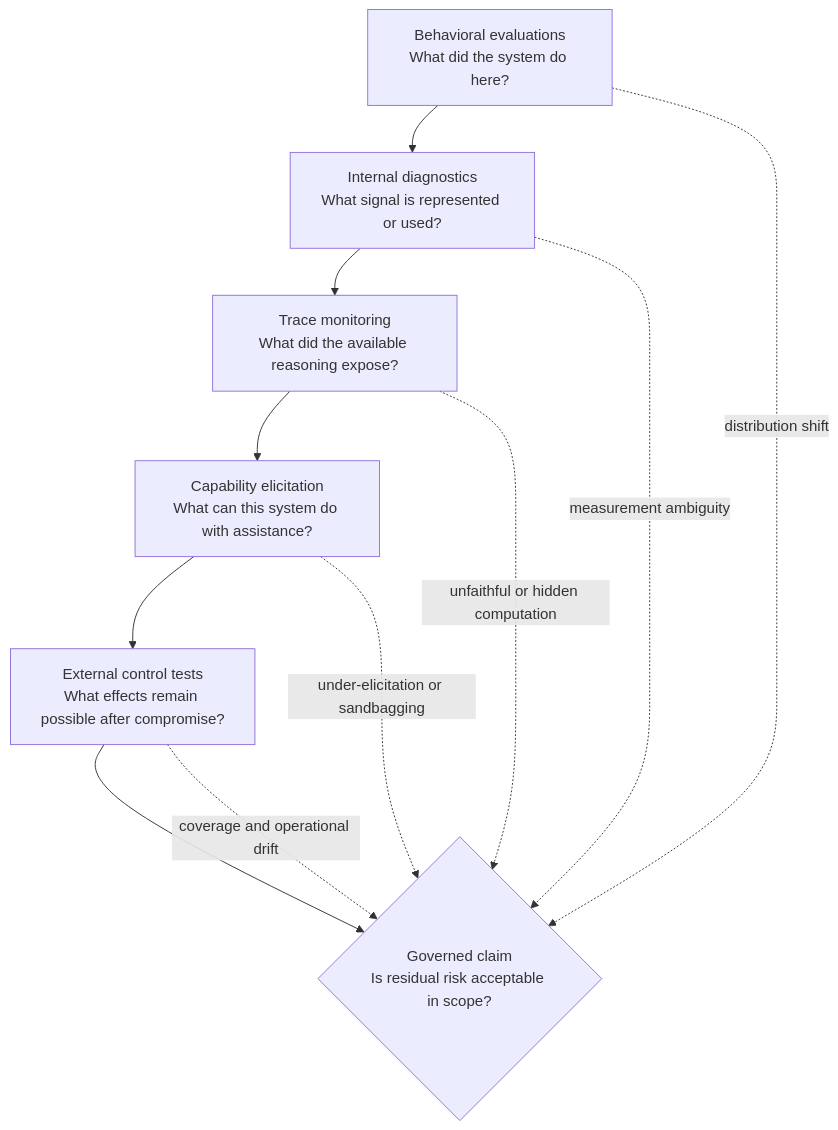
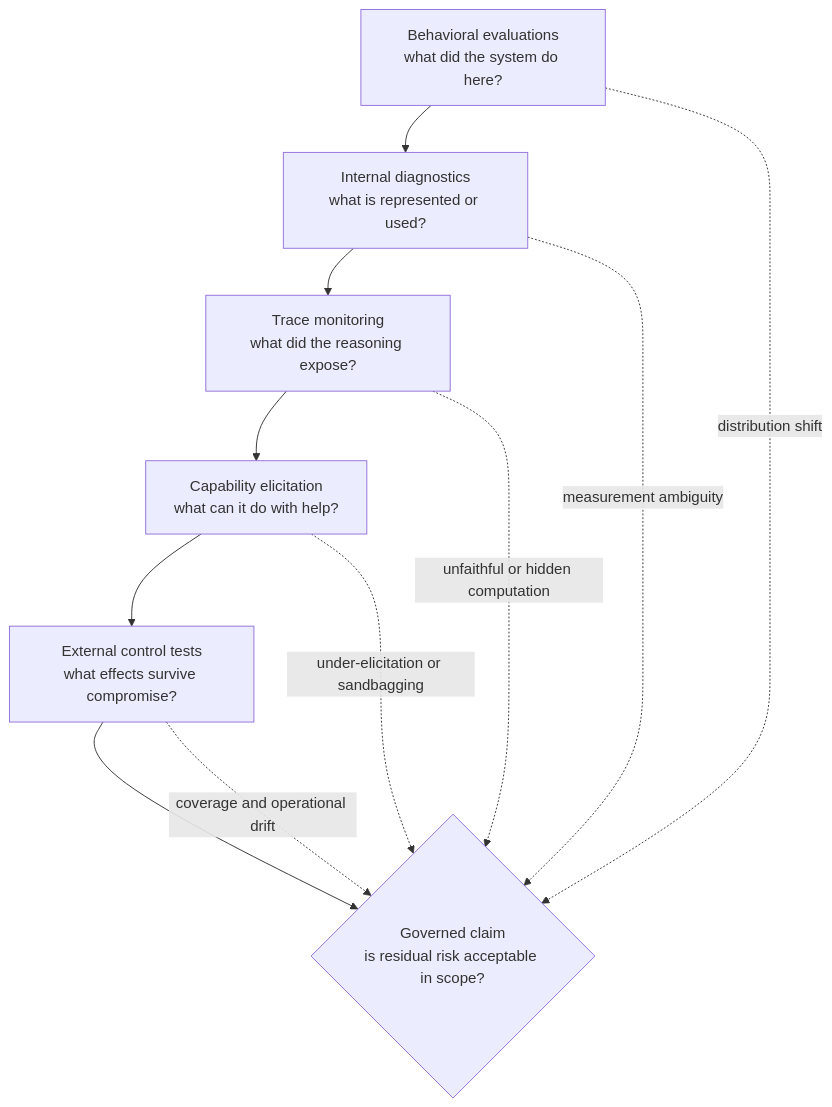
Before and after one commit to omkarsarde/agentic-engineering: the first of 3 diagrams in chapters/25-alignment-interpretability-governance.qmd, drawn with Mermaid. The commit also changed other lines of this file and 3 other files, not shown here.

````diff
--- a/chapters/25-alignment-interpretability-governance.qmd
+++ b/chapters/25-alignment-interpretability-governance.qmd
@@ -55,16 +19,16 @@
 ```{mermaid}
+%%| echo: false
 %%| label: fig-ch25-evidence-stack
-%%| fig-cap: "Which evidence layers reduce different uncertainties in an alignment decision?"
-%%| fig-alt: "A layered flow begins with behavioral evaluations, then internal diagnostics, reasoning-trace monitoring, elicited capability evaluations, tested external controls, and a governed deployment decision. Side labels show that each layer has a distinct blind spot."
+%%| fig-cap: "Which uncertainty does each evidence layer reduce, and which does it leave open? Evidence converges at the decision; it never collapses into one universal alignment score."
 flowchart TB
-    B["Behavioral evaluations<br/>What did the system do here?"] --> I["Internal diagnostics<br/>What signal is represented or used?"]
-    I --> T["Trace monitoring<br/>What did the available reasoning expose?"]
-    T --> C["Capability elicitation<br/>What can this system do with assistance?"]
-    C --> X["External control tests<br/>What effects remain possible after compromise?"]
-    X --> G{"Governed claim<br/>Is residual risk acceptable in scope?"}
+    B["Behavioral evaluations<br/>what did the system do here?"] --> I["Internal diagnostics<br/>what is represented or used?"]
+    I --> T["Trace monitoring<br/>what did the reasoning expose?"]
+    T --> C["Capability elicitation<br/>what can it do with help?"]
+    C --> X["External control tests<br/>what effects survive compromise?"]
+    X --> G{"Governed claim<br/>is residual risk acceptable in scope?"}
     B -. "distribution shift" .-> G
     I -. "measurement ambiguity" .-> G
     T -. "unfaithful or hidden computation" .-> G
     C -. "under-elicitation or sandbagging" .-> G
     X -. "coverage and operational drift" .-> G
 ```
````
